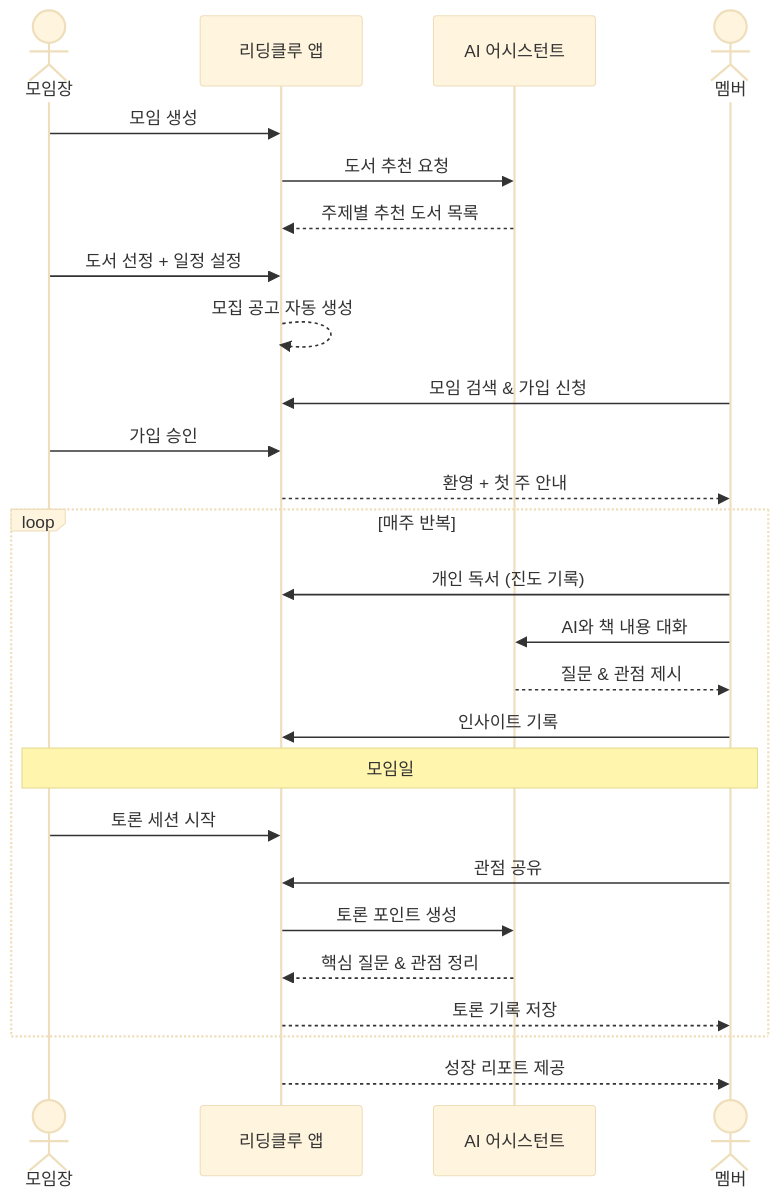
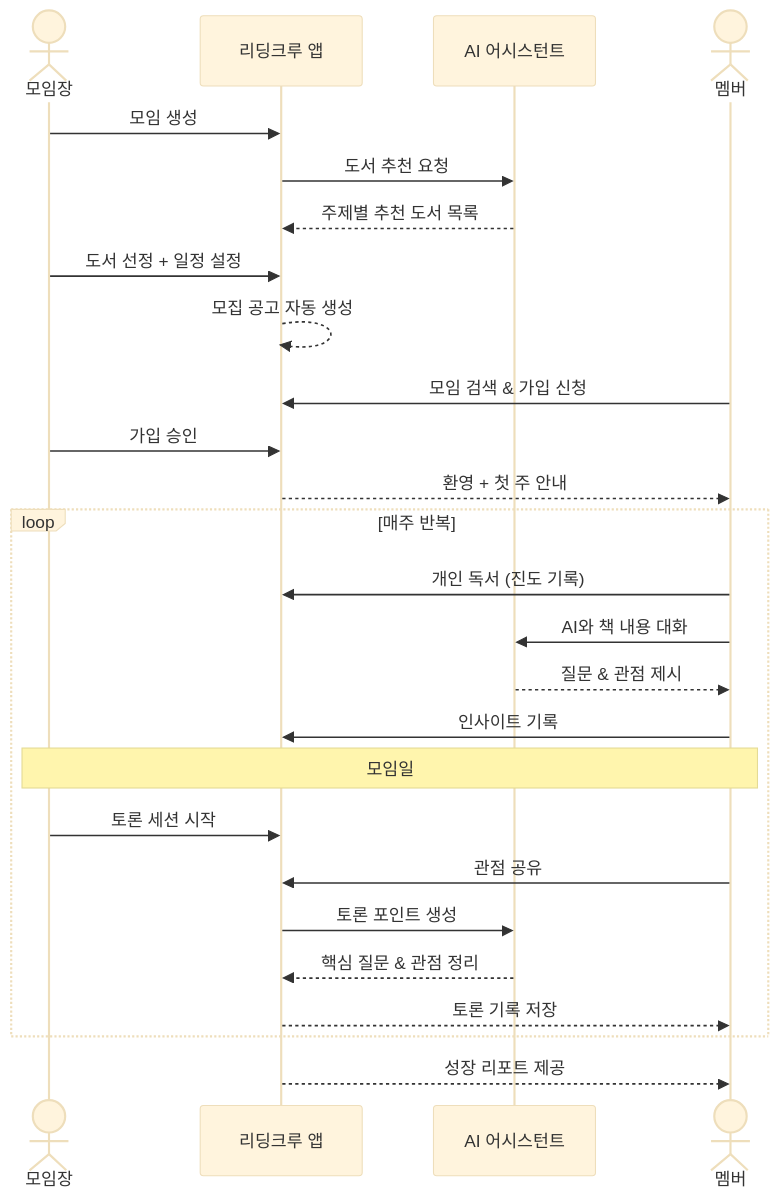
The fifth of 29 diagrams in 아이디어/1단계- AI_독서대화_앱_기획_가이드.md (Collegenie-X/ReadingClueProject), drawn with Mermaid (base theme) before and after one commit. The commit also changed other lines of this file and 9 other files, not shown here.

````diff
--- a/아이디어/1단계- AI_독서대화_앱_기획_가이드.md
+++ b/아이디어/1단계- AI_독서대화_앱_기획_가이드.md
@@ -193,33 +193,33 @@
 ```mermaid
 sequenceDiagram
     actor 모임장
-    participant 앱 as 리딩클루 앱
+    participant 앱 as 리딩크루 앱
     participant AI as AI 어시스턴트
     actor 멤버
     
     모임장->>앱: 모임 생성
     앱->>AI: 도서 추천 요청
     AI-->>앱: 주제별 추천 도서 목록
     모임장->>앱: 도서 선정 + 일정 설정
     앱-->>앱: 모집 공고 자동 생성
     
     멤버->>앱: 모임 검색 & 가입 신청
     모임장->>앱: 가입 승인
     앱-->>멤버: 환영 + 첫 주 안내
     
     loop 매주 반복
         멤버->>앱: 개인 독서 (진도 기록)
         멤버->>AI: AI와 책 내용 대화
         AI-->>멤버: 질문 & 관점 제시
         멤버->>앱: 인사이트 기록
         
         Note over 모임장,멤버: 모임일
         모임장->>앱: 토론 세션 시작
         멤버->>앱: 관점 공유
         앱->>AI: 토론 포인트 생성
         AI-->>앱: 핵심 질문 & 관점 정리
         앱-->>멤버: 토론 기록 저장
     end
     
     앱-->>멤버: 성장 리포트 제공
 ```
````
